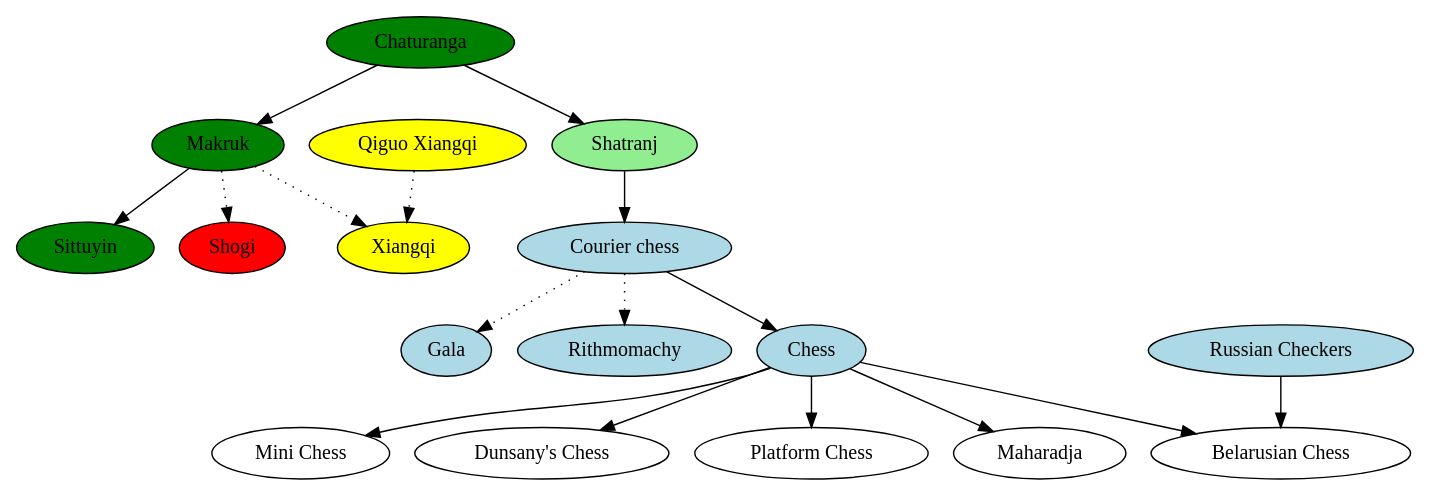
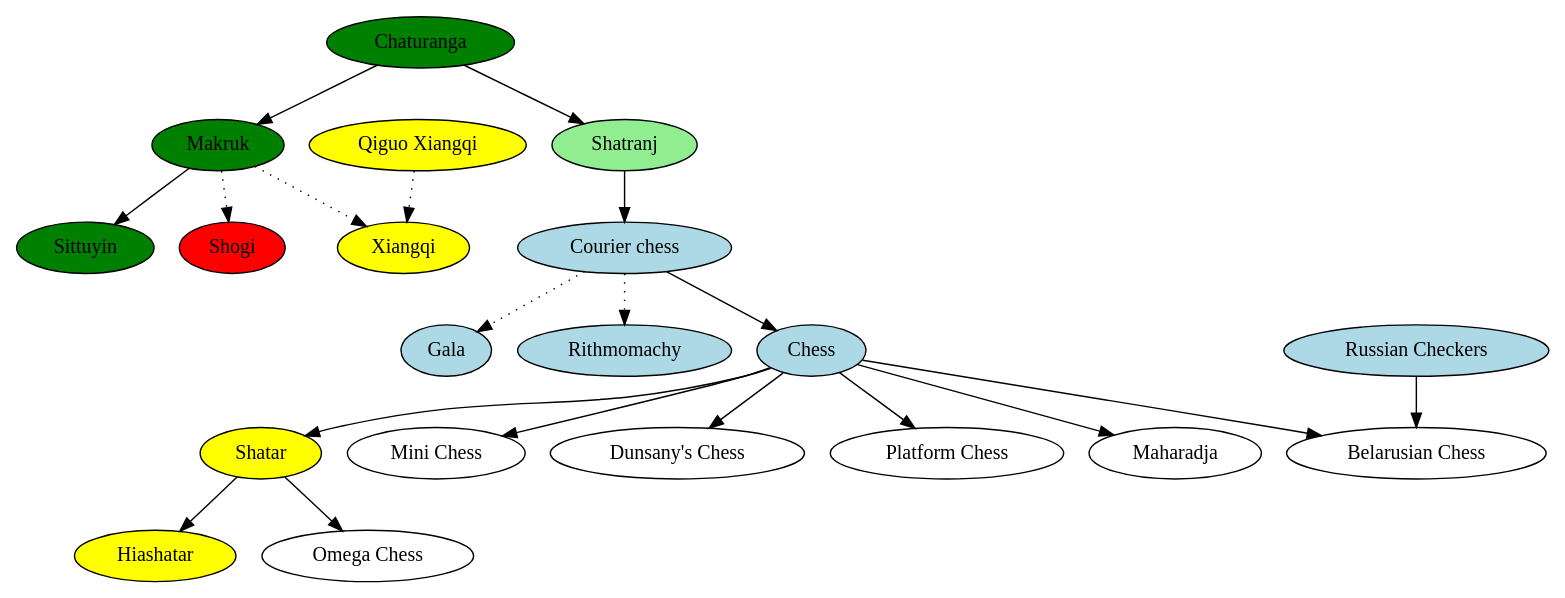
The diagram in checkmate/chess.gv (stepney141/GlukKazan.github.io), drawn with Graphviz before and after one commit. The commit also changed 4 other files, not shown here.

Commit message:
Hiashatar and Omega Chess (release)

```diff
--- a/checkmate/chess.gv
+++ b/checkmate/chess.gv
@@ -1,36 +1,42 @@
 digraph chess {
     "Chaturanga"[style="filled",fillcolor="green"];
     "Makruk"[style="filled",fillcolor="green"];
     "Shatranj"[style="filled",fillcolor="lightgreen"];
     "Sittuyin"[style="filled",fillcolor="green"]
     "Qiguo Xiangqi"[style="filled",fillcolor="yellow"];
     "Xiangqi"[style="filled",fillcolor="yellow"];
     "Shogi"[style="filled",fillcolor="red"];
     "Courier chess"[style="filled",fillcolor="lightblue"];
     "Gala"[style="filled",fillcolor="lightblue"];
     "Rithmomachy"[style="filled",fillcolor="lightblue"];
     "Chess"[style="filled",fillcolor="lightblue"];
+    "Shatar"[style="filled",fillcolor="yellow"];
+    "Hiashatar"[style="filled",fillcolor="yellow"];
     "Mini Chess";
     "Dunsany's Chess";
     "Platform Chess";
     "Maharadja";
     "Russian Checkers"[style="filled",fillcolor="lightblue"];
     "Belarusian Chess";
+    "Omega Chess";
 
     "Chaturanga" -> "Shatranj";
     "Chaturanga" -> "Makruk";
     "Makruk" -> "Sittuyin";
     "Makruk" -> "Xiangqi"[style=dotted];
     "Qiguo Xiangqi" -> "Xiangqi"[style=dotted];
     "Makruk" -> "Shogi"[style=dotted];
     "Shatranj" -> "Courier chess";
     "Courier chess" -> "Gala"[style=dotted];
     "Courier chess" -> "Rithmomachy"[style=dotted];
     "Courier chess" -> "Chess";
     "Chess" -> "Mini Chess";
     "Chess" -> "Dunsany's Chess";
     "Chess" -> "Platform Chess";
     "Chess" -> "Maharadja";
     "Russian Checkers" -> "Belarusian Chess";
     "Chess" -> "Belarusian Chess";
+    "Chess" -> "Shatar";
+    "Shatar" -> "Hiashatar";
+    "Shatar" -> "Omega Chess";
 }
```
